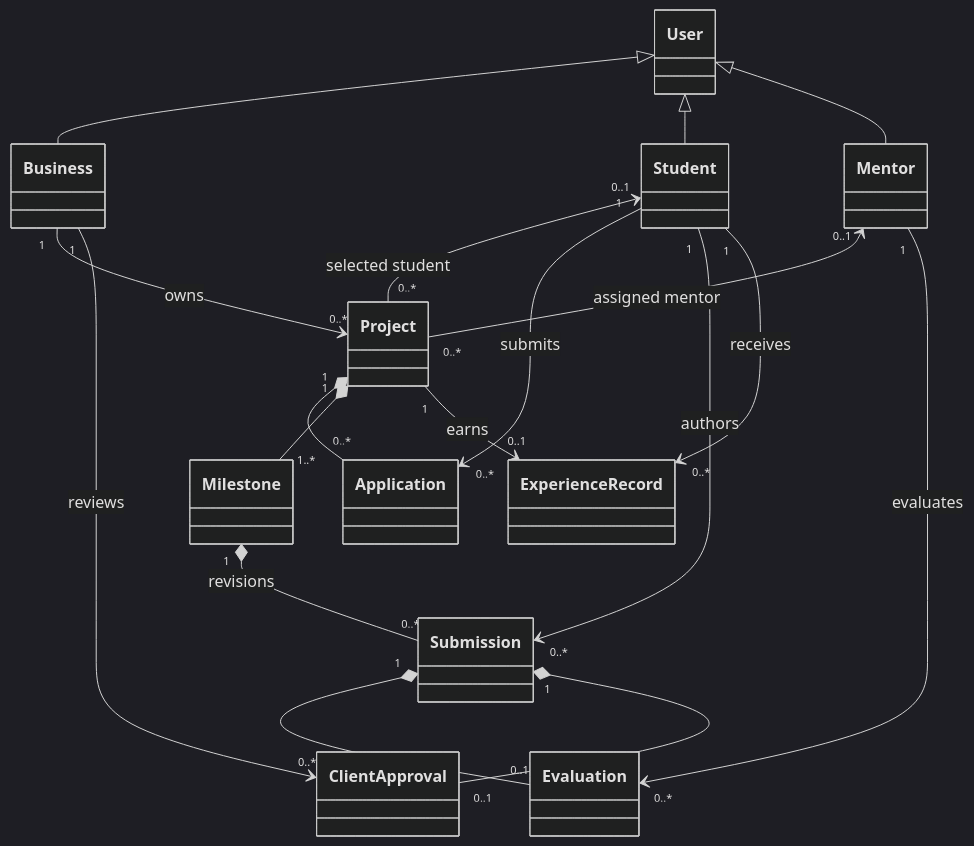
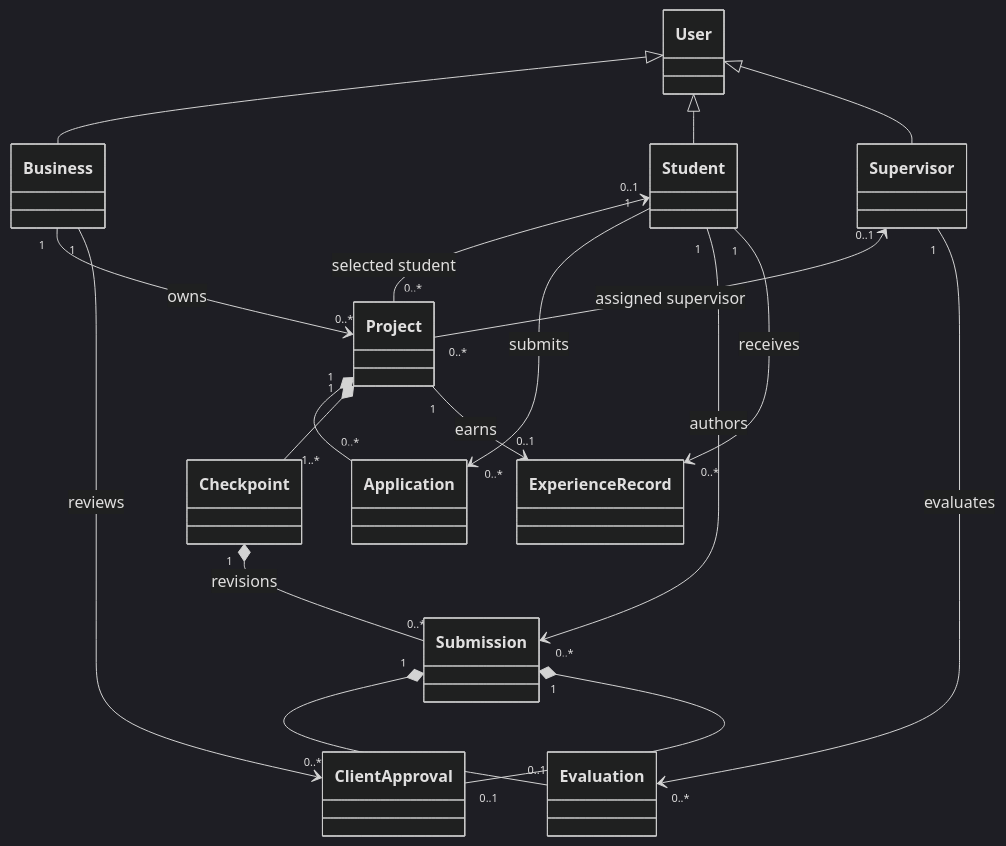
The first of 3 diagrams in SIP-A-THON/firststep/MODEL.md (hediamara1208-commits/sipathon), drawn with Mermaid (dark theme) before and after one commit. The commit also changed other lines of this file and 5 other files, not shown here.

Commit message:
Use supervisor and checkpoint throughout website copy

````diff
--- a/SIP-A-THON/firststep/MODEL.md
+++ b/SIP-A-THON/firststep/MODEL.md
@@ -5,20 +5,20 @@
 ```mermaid
 classDiagram
   User <|-- Business
   User <|-- Student
-  User <|-- Mentor
+  User <|-- Supervisor
   Business "1" --> "0..*" Project : owns
   Student "0..1" <-- "0..*" Project : selected student
-  Mentor "0..1" <-- "0..*" Project : assigned mentor
+  Supervisor "0..1" <-- "0..*" Project : assigned supervisor
   Project "1" *-- "0..*" Application
   Student "1" --> "0..*" Application : submits
-  Project "1" *-- "1..*" Milestone
-  Milestone "1" *-- "0..*" Submission : revisions
+  Project "1" *-- "1..*" Checkpoint
+  Checkpoint "1" *-- "0..*" Submission : revisions
   Student "1" --> "0..*" Submission : authors
   Submission "1" *-- "0..1" Evaluation
   Submission "1" *-- "0..1" ClientApproval
-  Mentor "1" --> "0..*" Evaluation : evaluates
+  Supervisor "1" --> "0..*" Evaluation : evaluates
   Business "1" --> "0..*" ClientApproval : reviews
   Project "1" --> "0..1" ExperienceRecord : earns
   Student "1" --> "0..*" ExperienceRecord : receives
 ```
````
